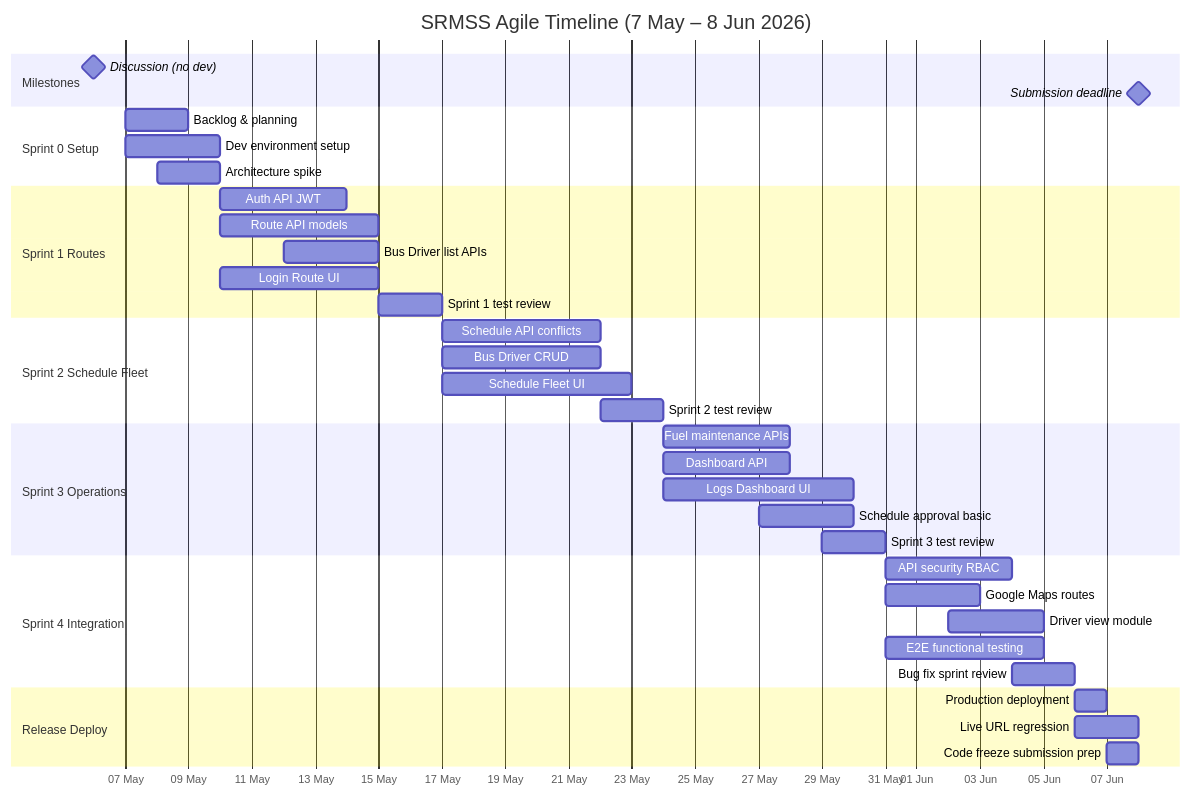
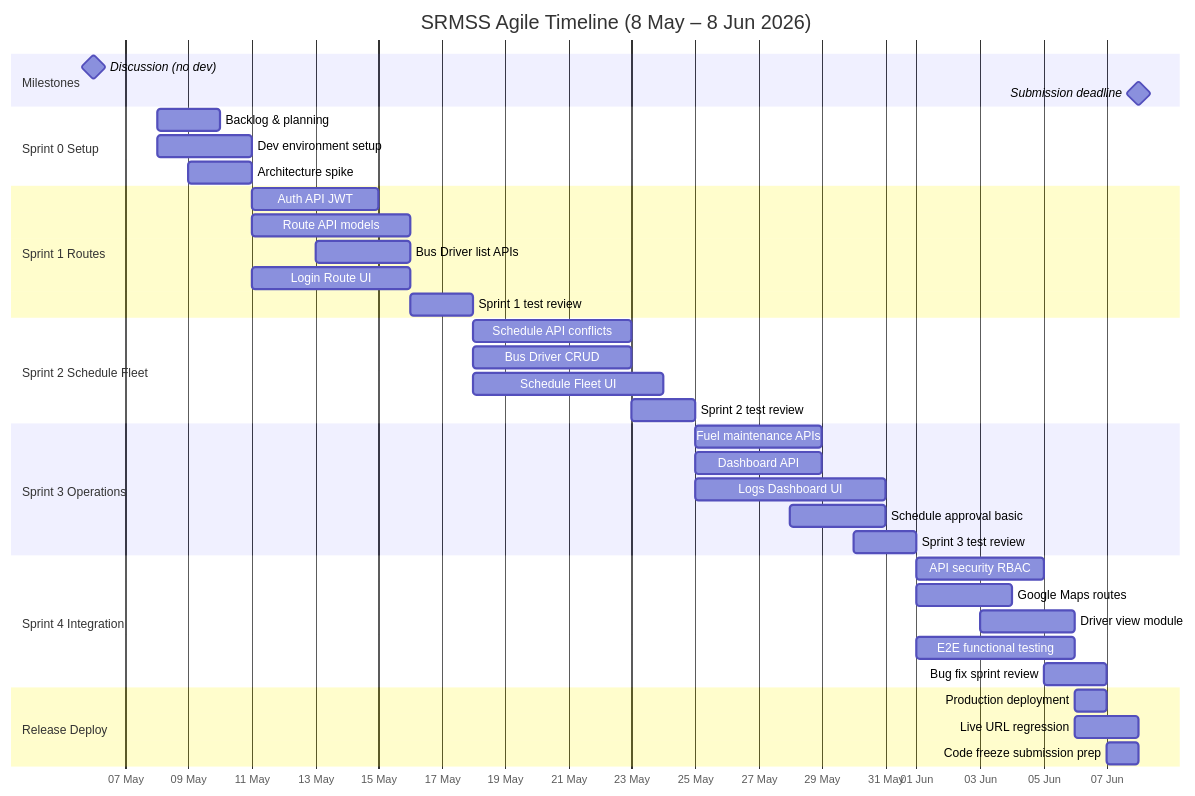
Before and after one commit to MNSBaanu/TransitLK: the diagram in docs/AGILE-TIMELINE.md, drawn with Mermaid. The commit also changed other lines of this file and 7 other files, not shown here.

First line of the commit message:
feat: implement Gantt chart generation for TransitLK

````diff
--- a/docs/AGILE-TIMELINE.md
+++ b/docs/AGILE-TIMELINE.md
@@ -205,47 +205,47 @@
 ```mermaid
 gantt
-    title SRMSS Agile Timeline (7 May – 8 Jun 2026)
+    title SRMSS Agile Timeline (8 May – 8 Jun 2026)
     dateFormat YYYY-MM-DD
     axisFormat %d %b
 
     section Milestones
     Discussion (no dev)           :milestone, m06, 2026-05-06, 0d
     Submission deadline           :milestone, m08, 2026-06-08, 0d
 
     section Sprint 0 Setup
-    Backlog & planning            :s01, 2026-05-07, 2d
-    Dev environment setup         :s02, 2026-05-07, 3d
-    Architecture spike            :s03, 2026-05-08, 2d
+    Backlog & planning            :s01, 2026-05-08, 2d
+    Dev environment setup         :s02, 2026-05-08, 3d
+    Architecture spike            :s03, 2026-05-09, 2d
 
     section Sprint 1 Routes
-    Auth API JWT                  :s11, 2026-05-10, 4d
-    Route API models              :s12, 2026-05-10, 5d
-    Bus Driver list APIs          :s13, 2026-05-12, 3d
-    Login Route UI                :s14, 2026-05-10, 5d
-    Sprint 1 test review          :s15, 2026-05-15, 2d
+    Auth API JWT                  :s11, 2026-05-11, 4d
+    Route API models              :s12, 2026-05-11, 5d
+    Bus Driver list APIs          :s13, 2026-05-13, 3d
+    Login Route UI                :s14, 2026-05-11, 5d
+    Sprint 1 test review          :s15, 2026-05-16, 2d
 
     section Sprint 2 Schedule Fleet
-    Schedule API conflicts        :s21, 2026-05-17, 5d
-    Bus Driver CRUD               :s22, 2026-05-17, 5d
-    Schedule Fleet UI             :s23, 2026-05-17, 6d
-    Sprint 2 test review          :s24, 2026-05-22, 2d
+    Schedule API conflicts        :s21, 2026-05-18, 5d
+    Bus Driver CRUD               :s22, 2026-05-18, 5d
+    Schedule Fleet UI             :s23, 2026-05-18, 6d
+    Sprint 2 test review          :s24, 2026-05-23, 2d
 
     section Sprint 3 Operations
-    Fuel maintenance APIs         :s31, 2026-05-24, 4d
-    Dashboard API                 :s32, 2026-05-24, 4d
-    Logs Dashboard UI             :s33, 2026-05-24, 6d
-    Schedule approval basic       :s34, 2026-05-27, 3d
-    Sprint 3 test review          :s35, 2026-05-29, 2d
+    Fuel maintenance APIs         :s31, 2026-05-25, 4d
+    Dashboard API                 :s32, 2026-05-25, 4d
+    Logs Dashboard UI             :s33, 2026-05-25, 6d
+    Schedule approval basic       :s34, 2026-05-28, 3d
+    Sprint 3 test review          :s35, 2026-05-30, 2d
 
     section Sprint 4 Integration
-    API security RBAC             :s41, 2026-05-31, 4d
-    Google Maps routes            :s42, 2026-05-31, 3d
-    Driver view module            :s43, 2026-06-02, 3d
-    E2E functional testing        :s44, 2026-05-31, 5d
-    Bug fix sprint review         :s45, 2026-06-04, 2d
+    API security RBAC             :s41, 2026-06-01, 4d
+    Google Maps routes            :s42, 2026-06-01, 3d
+    Driver view module            :s43, 2026-06-03, 3d
+    E2E functional testing        :s44, 2026-06-01, 5d
+    Bug fix sprint review         :s45, 2026-06-05, 2d
 
     section Release Deploy
     Production deployment         :s51, 2026-06-06, 1d
     Live URL regression           :s52, 2026-06-06, 2d
     Code freeze submission prep   :s53, 2026-06-07, 1d
 ```
````
